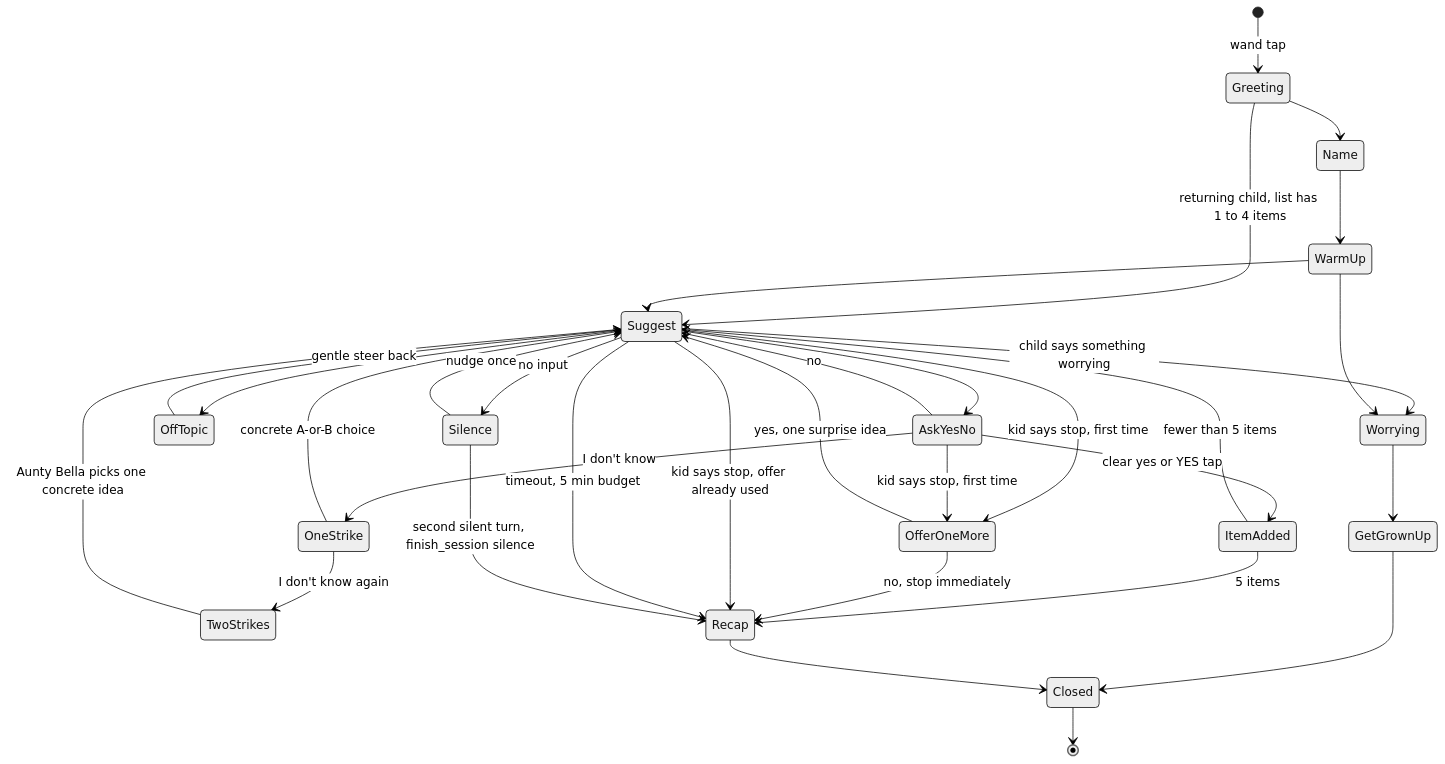
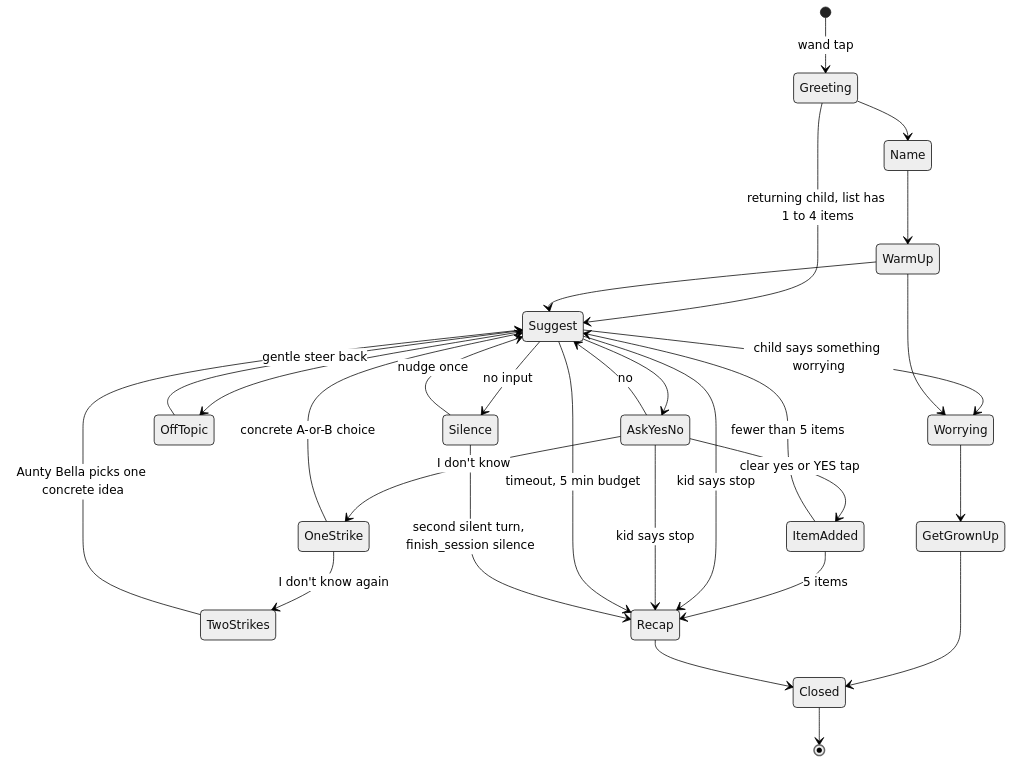
Before and after one commit to build40for40/day11: the third of 3 diagrams in docs/prompt-testing.md, drawn with Mermaid (neutral theme). The commit also changed other lines of this file and 23 other files, not shown here.

````diff
--- a/docs/prompt-testing.md
+++ b/docs/prompt-testing.md
@@ -80,34 +80,31 @@
 ```mermaid
 stateDiagram-v2
     [*] --> Greeting: wand tap
     Greeting --> Name
     Greeting --> Suggest: returning child, list has 1 to 4 items
     Name --> WarmUp
     WarmUp --> Suggest
     Suggest --> AskYesNo
     AskYesNo --> ItemAdded: clear yes or YES tap
     AskYesNo --> Suggest: no
     AskYesNo --> OneStrike: I don't know
     OneStrike --> Suggest: concrete A-or-B choice
     OneStrike --> TwoStrikes: I don't know again
     TwoStrikes --> Suggest: Aunty Bella picks one concrete idea
     ItemAdded --> Suggest: fewer than 5 items
     ItemAdded --> Recap: 5 items
-    Suggest --> OfferOneMore: kid says stop, first time
-    AskYesNo --> OfferOneMore: kid says stop, first time
-    OfferOneMore --> Suggest: yes, one surprise idea
-    OfferOneMore --> Recap: no, stop immediately
-    Suggest --> Recap: kid says stop, offer already used
+    Suggest --> Recap: kid says stop
+    AskYesNo --> Recap: kid says stop
     Suggest --> Recap: timeout, 5 min budget
     Suggest --> OffTopic
     OffTopic --> Suggest: gentle steer back
     Suggest --> Worrying: child says something worrying
     WarmUp --> Worrying
     Worrying --> GetGrownUp
     GetGrownUp --> Closed
     Suggest --> Silence: no input
     Silence --> Suggest: nudge once
     Silence --> Recap: second silent turn, finish_session silence
     Recap --> Closed
     Closed --> [*]
 ```
````
